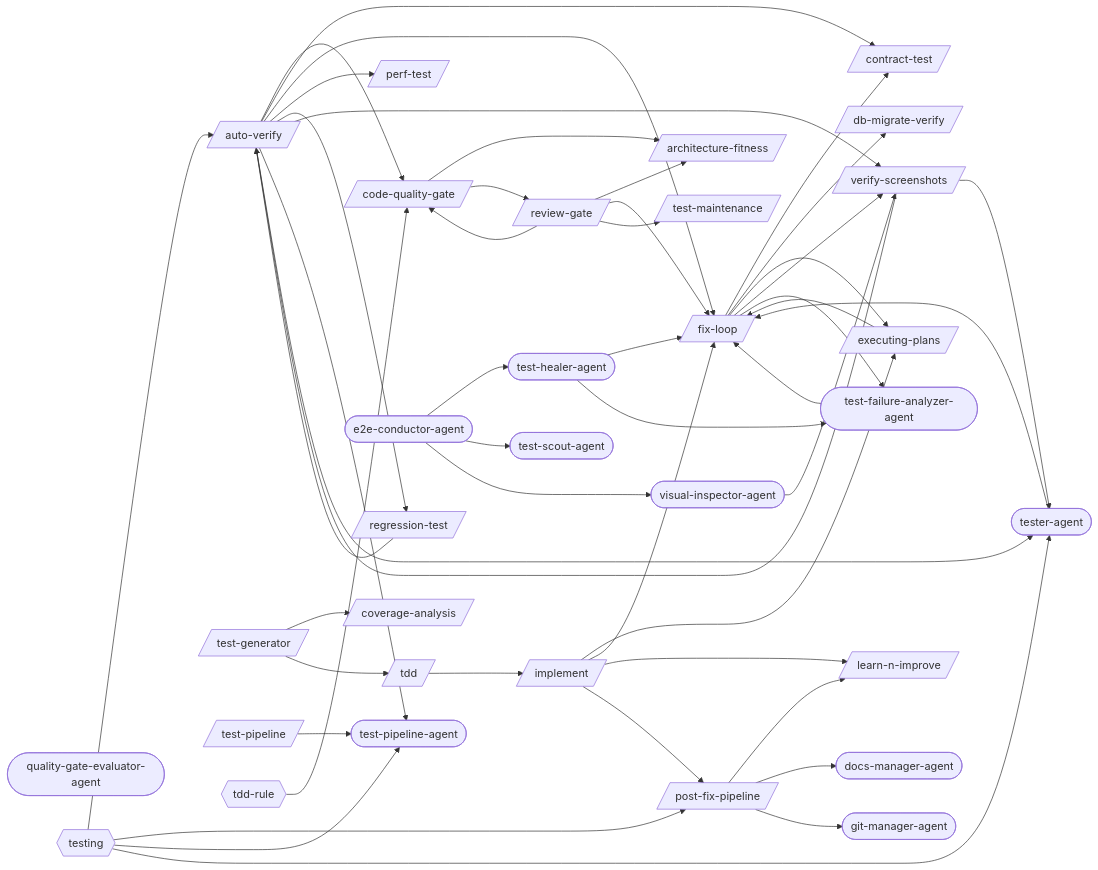
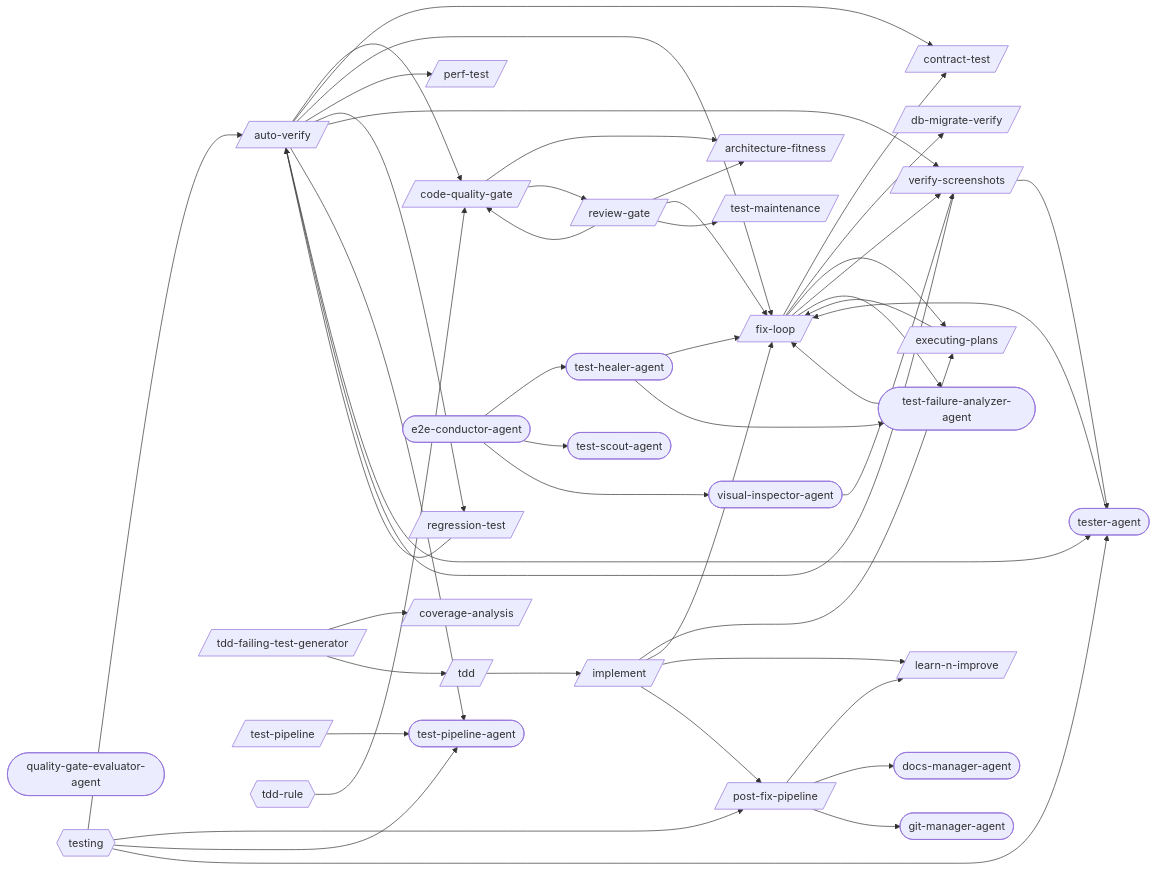
The first of 2 diagrams in docs/workflows/testing-pipeline.md (abhayla/claude-best-practices), drawn with Mermaid before and after one commit. The commit also changed other lines of this file and 38 other files, not shown here.

First line of the commit message:
refactor: rename test-generator skill to tdd-failing-test-generator

````diff
--- a/docs/workflows/testing-pipeline.md
+++ b/docs/workflows/testing-pipeline.md
@@ -9,81 +9,81 @@
 ```mermaid
 graph LR
     architecture_fitness[/architecture-fitness/]
     auto_verify[/auto-verify/]
     code_quality_gate[/code-quality-gate/]
     contract_test[/contract-test/]
     coverage_analysis[/coverage-analysis/]
     db_migrate_verify[/db-migrate-verify/]
     executing_plans[/executing-plans/]
     fix_loop[/fix-loop/]
     implement[/implement/]
     learn_n_improve[/learn-n-improve/]
     perf_test[/perf-test/]
     post_fix_pipeline[/post-fix-pipeline/]
     regression_test[/regression-test/]
     review_gate[/review-gate/]
     tdd[/tdd/]
-    test_generator[/test-generator/]
+    tdd_failing_test_generator[/tdd-failing-test-generator/]
     test_maintenance[/test-maintenance/]
     test_pipeline[/test-pipeline/]
     verify_screenshots[/verify-screenshots/]
     docs_manager_agent([docs-manager-agent])
     e2e_conductor_agent([e2e-conductor-agent])
     git_manager_agent([git-manager-agent])
     quality_gate_evaluator_agent([quality-gate-evaluator-agent])
     test_failure_analyzer_agent([test-failure-analyzer-agent])
     test_healer_agent([test-healer-agent])
     test_pipeline_agent([test-pipeline-agent])
     test_scout_agent([test-scout-agent])
     tester_agent([tester-agent])
     visual_inspector_agent([visual-inspector-agent])
     tdd_rule{{tdd-rule}}
     testing{{testing}}
     auto_verify --> code_quality_gate
     auto_verify --> contract_test
     auto_verify --> fix_loop
     auto_verify --> perf_test
     auto_verify --> regression_test
     auto_verify --> verify_screenshots
     auto_verify --> test_pipeline_agent
     auto_verify --> tester_agent
     code_quality_gate --> architecture_fitness
     code_quality_gate --> review_gate
     executing_plans --> fix_loop
     fix_loop --> contract_test
     fix_loop --> db_migrate_verify
     fix_loop --> executing_plans
     fix_loop --> verify_screenshots
     fix_loop --> test_failure_analyzer_agent
     implement --> executing_plans
     implement --> fix_loop
     implement --> learn_n_improve
     implement --> post_fix_pipeline
     post_fix_pipeline --> learn_n_improve
     post_fix_pipeline --> docs_manager_agent
     post_fix_pipeline --> git_manager_agent
     regression_test --> auto_verify
     review_gate --> architecture_fitness
     review_gate --> code_quality_gate
     review_gate --> fix_loop
     review_gate --> test_maintenance
     tdd --> implement
-    test_generator --> coverage_analysis
-    test_generator --> tdd
+    tdd_failing_test_generator --> coverage_analysis
+    tdd_failing_test_generator --> tdd
     test_pipeline --> test_pipeline_agent
     verify_screenshots --> auto_verify
     verify_screenshots --> tester_agent
     e2e_conductor_agent --> test_healer_agent
     e2e_conductor_agent --> test_scout_agent
     e2e_conductor_agent --> visual_inspector_agent
     test_failure_analyzer_agent --> fix_loop
     test_healer_agent --> fix_loop
     test_healer_agent --> test_failure_analyzer_agent
     tester_agent --> fix_loop
     visual_inspector_agent --> verify_screenshots
     tdd_rule --> code_quality_gate
     testing --> auto_verify
     testing --> post_fix_pipeline
     testing --> test_pipeline_agent
     testing --> tester_agent
 ```
````
